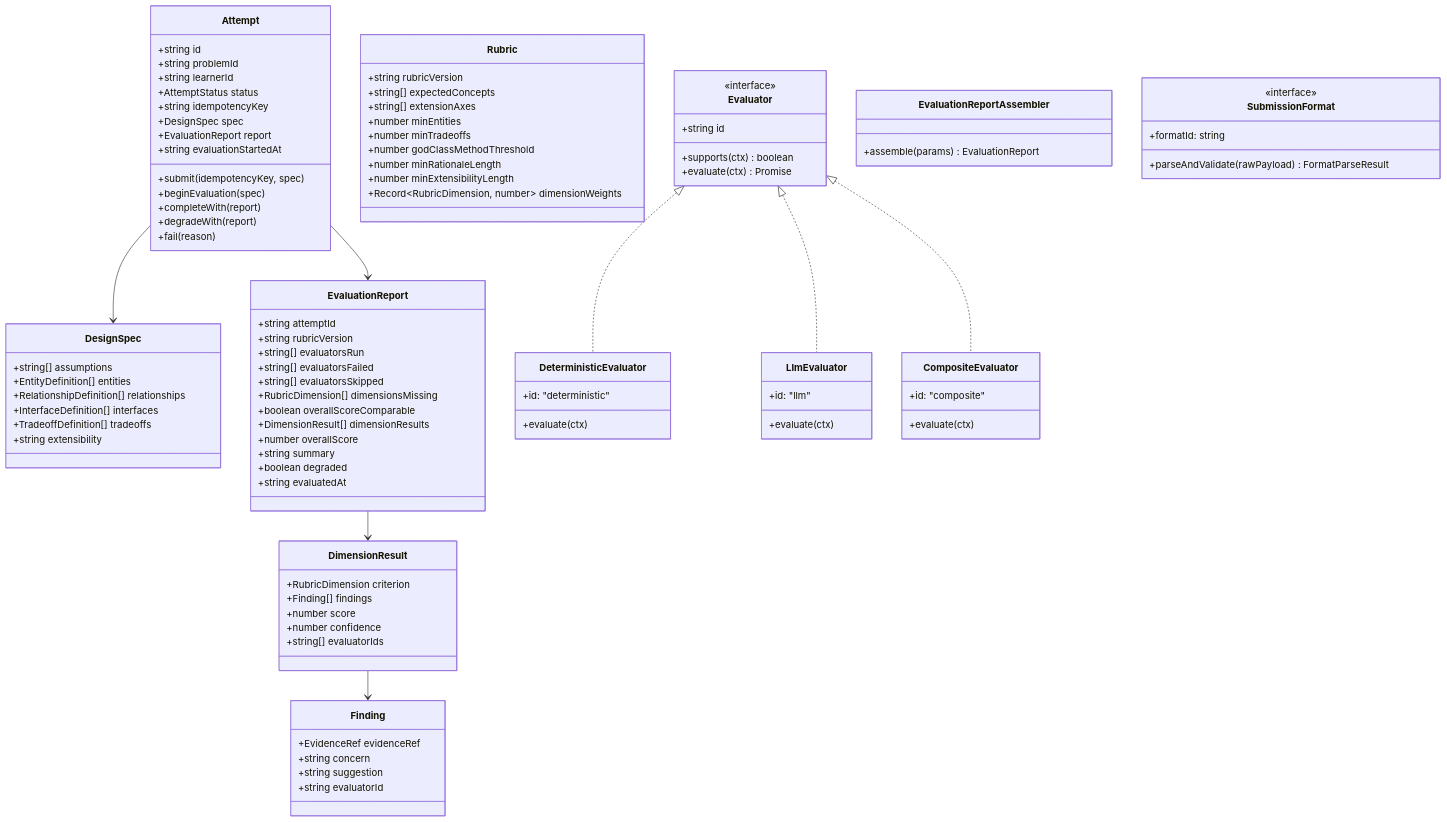
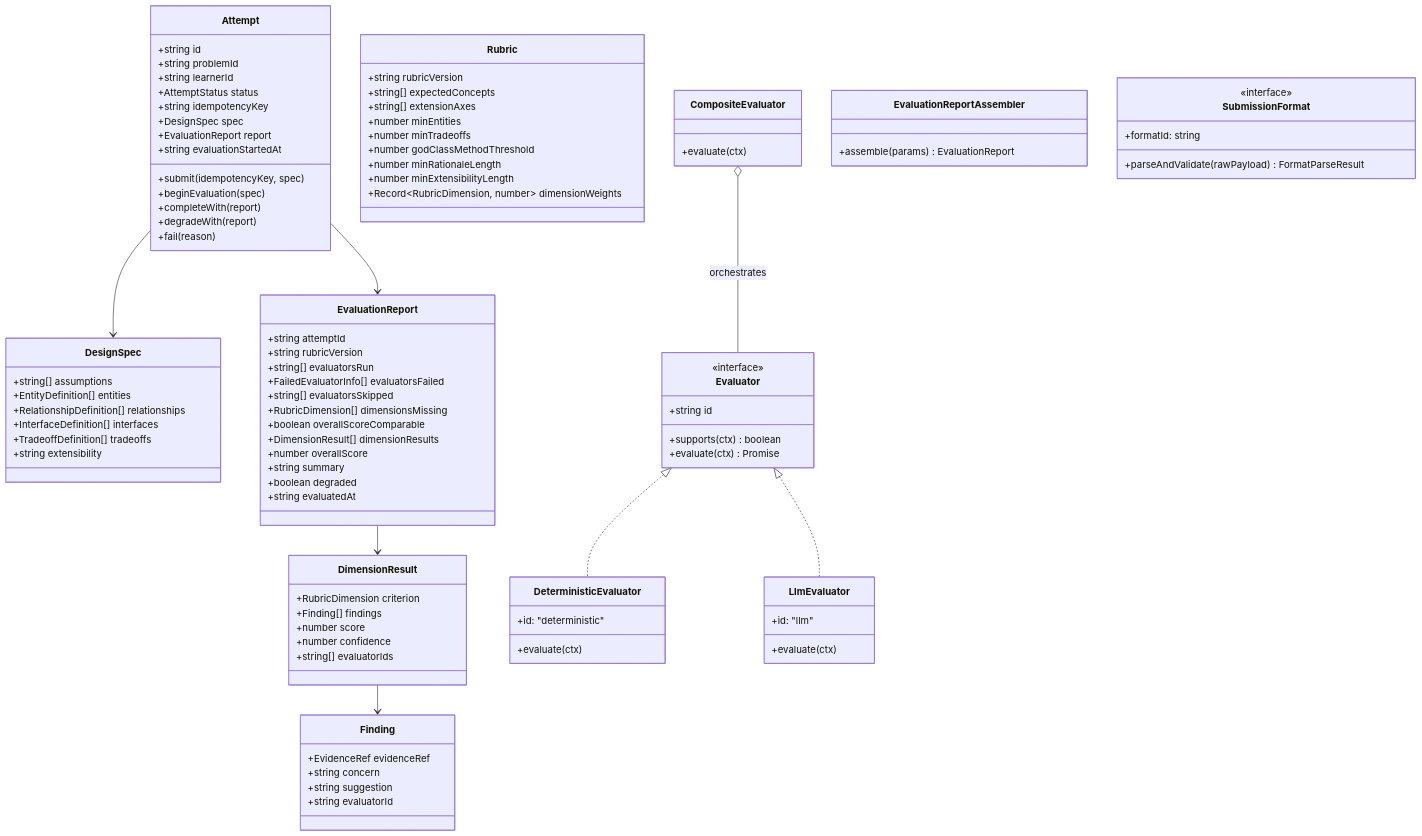
The first of 2 diagrams in docs/DESIGN.md (swarajladke/LLD-Practice-Platform), drawn with Mermaid before and after one commit. The commit also changed other lines of this file and 9 other files, not shown here.

Commit message:
refactor(evaluator): restore Evaluator port, make CompositeEvaluator orchestration type, and structure evaluatorsFailed

```diff
--- a/docs/DESIGN.md
+++ b/docs/DESIGN.md
@@ -98,7 +98,7 @@
         +string attemptId
         +string rubricVersion
         +string[] evaluatorsRun
-        +string[] evaluatorsFailed
+        +FailedEvaluatorInfo[] evaluatorsFailed
         +string[] evaluatorsSkipped
         +RubricDimension[] dimensionsMissing
         +boolean overallScoreComparable
@@ -127,7 +127,6 @@
     }
 
     class CompositeEvaluator {
-        +id: "composite"
         +evaluate(ctx)
     }
 
@@ -143,7 +142,7 @@
 
     Evaluator <|.. DeterministicEvaluator
     Evaluator <|.. LlmEvaluator
-    Evaluator <|.. CompositeEvaluator
+    CompositeEvaluator o-- Evaluator : orchestrates
     Attempt --> DesignSpec
     Attempt --> EvaluationReport
     EvaluationReport --> DimensionResult
```
